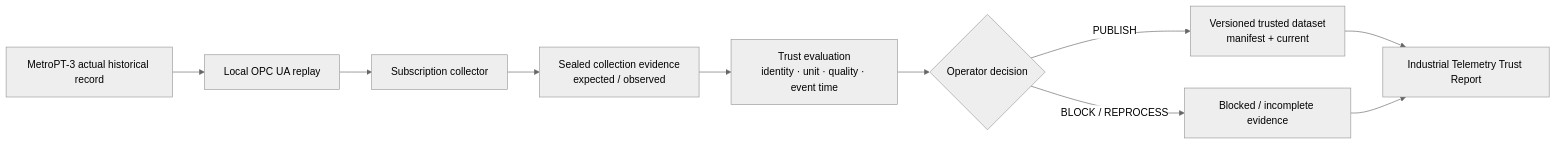
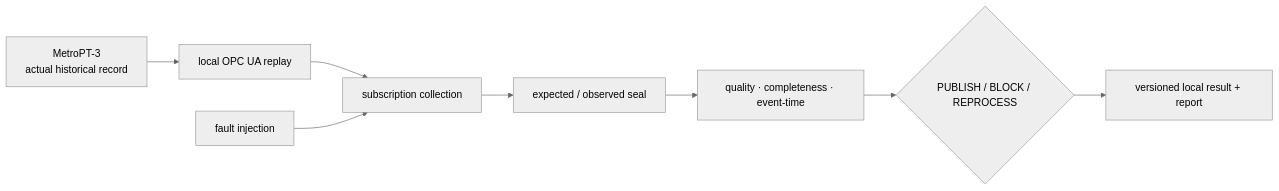
One commit to junhyun-dev/manufacturing-data-platform changed the third of 3 diagrams in docs/ARCHITECTURE.md. Above: the diagram before and after it, drawn with Mermaid (neutral theme). The commit also changed other lines of this file and 3 other files, not shown here.

````diff
--- a/docs/ARCHITECTURE.md
+++ b/docs/ARCHITECTURE.md
@@ -57,16 +78,10 @@
 ```mermaid
 flowchart LR
-  record["MetroPT-3 actual historical record"]
-  replay["Local OPC UA replay"]
-  collect["Subscription collector"]
-  seal["Sealed collection evidence\nexpected / observed"]
-  evaluate["Trust evaluation\nidentity · unit · quality · event time"]
-  decision{"Operator decision"}
-  current["Versioned trusted dataset\nmanifest + current"]
-  blocked["Blocked / incomplete evidence"]
-  report["Industrial Telemetry Trust Report"]
-
-  record --> replay --> collect --> seal --> evaluate --> decision
-  decision -- PUBLISH --> current --> report
-  decision -- BLOCK / REPROCESS --> blocked --> report
+  record["MetroPT-3\nactual historical record"] --> replay["local OPC UA replay"]
+  replay --> collect["subscription collection"]
+  faults["fault injection"] --> collect
+  collect --> seal["expected / observed seal"]
+  seal --> trust["quality · completeness · event-time"]
+  trust --> decision{"PUBLISH / BLOCK / REPROCESS"}
+  decision --> evidence["versioned local result + report"]
 ```
````
